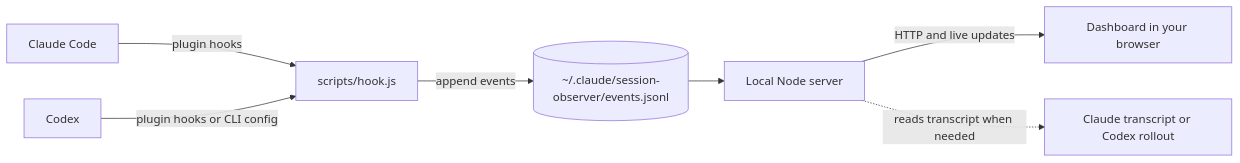
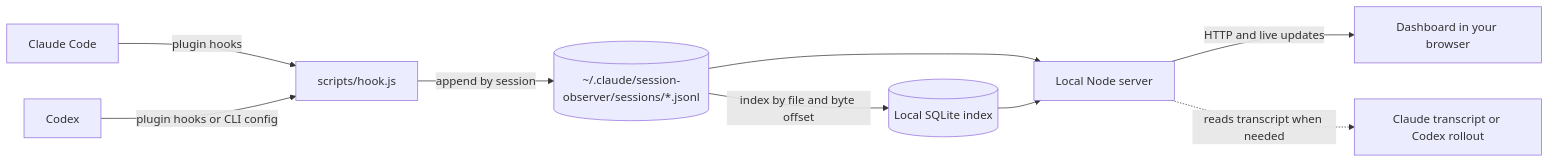
Before and after one commit to adrianstanek/session-observer: the diagram in README.md, drawn with Mermaid. The commit also changed other lines of this file and 35 other files, not shown here.

```diff
--- a/README.md
+++ b/README.md
@@ -35,9 +35,11 @@
 ~~~mermaid
 flowchart LR
   C[Claude Code] -->|plugin hooks| H[scripts/hook.js]
   X[Codex] -->|plugin hooks or CLI config| H
-  H -->|append events| L[(~/.claude/session-observer/events.jsonl)]
+  H -->|append by session| L[(~/.claude/session-observer/sessions/*.jsonl)]
+  L -->|index by file and byte offset| I[(Local SQLite index)]
   L --> S[Local Node server]
+  I --> S
   S -->|HTTP and live updates| D[Dashboard in your browser]
   S -. reads transcript when needed .-> T[Claude transcript or Codex rollout]
 ~~~
```
